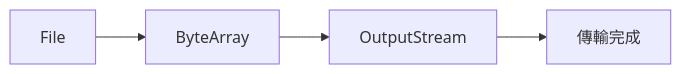
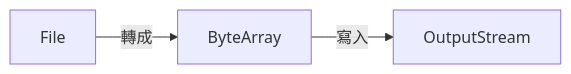
Before and after one commit to newcici7777/newcici7777.github.io: the first of 2 diagrams in _pages/java/socket_file.md, drawn with Mermaid. The commit also changed other lines of this file and 402 other files, not shown here.

````diff
--- a/_pages/java/socket_file.md
+++ b/_pages/java/socket_file.md
@@ -18,4 +18,4 @@
 ```mermaid
 flowchart LR
-    File --> ByteArray --> OutputStream --> 傳輸完成
+    File -- 轉成 --> ByteArray -- 寫入 --> OutputStream
 ```
````
